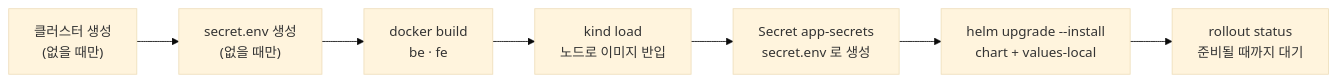
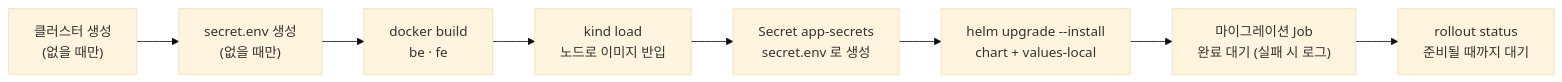
Before and after one commit to akdrhtn123/MyProject: the sixth of 6 diagrams in docs/ARCHITECTURE.md, drawn with Mermaid (base theme). The commit also changed other lines of this file and 7 other files, not shown here.

````diff
--- a/docs/ARCHITECTURE.md
+++ b/docs/ARCHITECTURE.md
@@ -203,4 +207,4 @@
 ```mermaid
 flowchart LR
-    a["클러스터 생성<br/>(없을 때만)"] --> b["secret.env 생성<br/>(없을 때만)"] --> c["docker build<br/>be · fe"] --> d["kind load<br/>노드로 이미지 반입"] --> s["Secret app-secrets<br/>secret.env 로 생성"] --> e["helm upgrade --install<br/>chart + values-local"] --> f["rollout status<br/>준비될 때까지 대기"]
+    a["클러스터 생성<br/>(없을 때만)"] --> b["secret.env 생성<br/>(없을 때만)"] --> c["docker build<br/>be · fe"] --> d["kind load<br/>노드로 이미지 반입"] --> s["Secret app-secrets<br/>secret.env 로 생성"] --> e["helm upgrade --install<br/>chart + values-local"] --> j["마이그레이션 Job<br/>완료 대기 (실패 시 로그)"] --> f["rollout status<br/>준비될 때까지 대기"]
 ```
````
